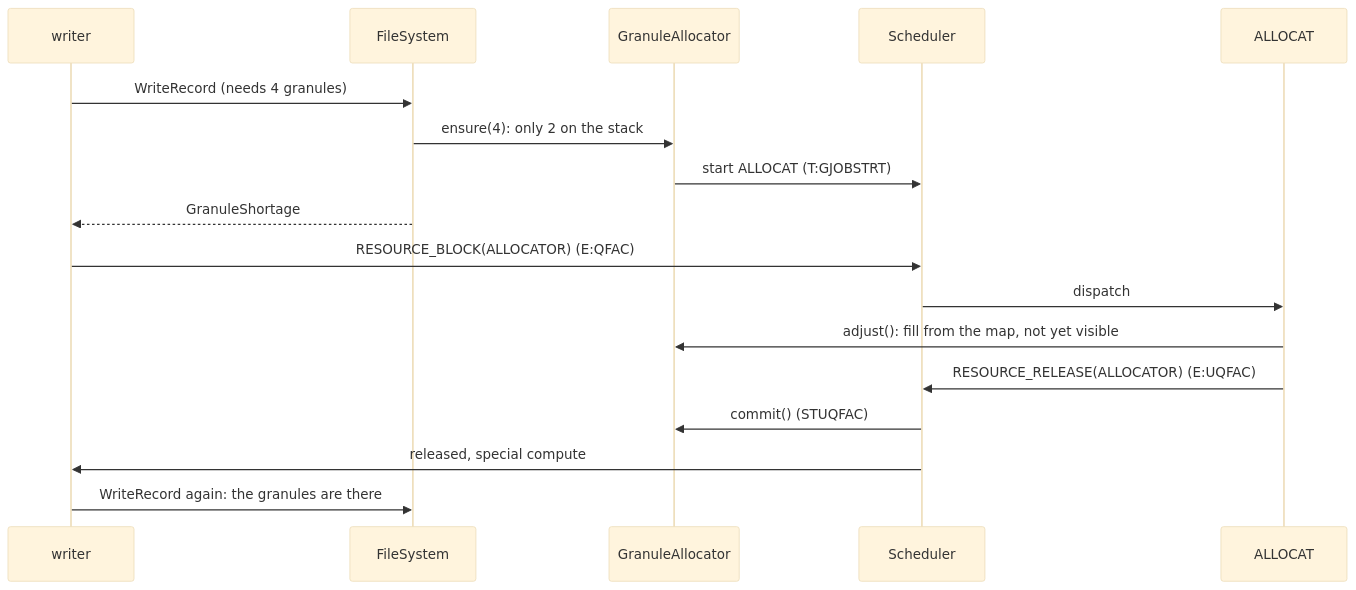
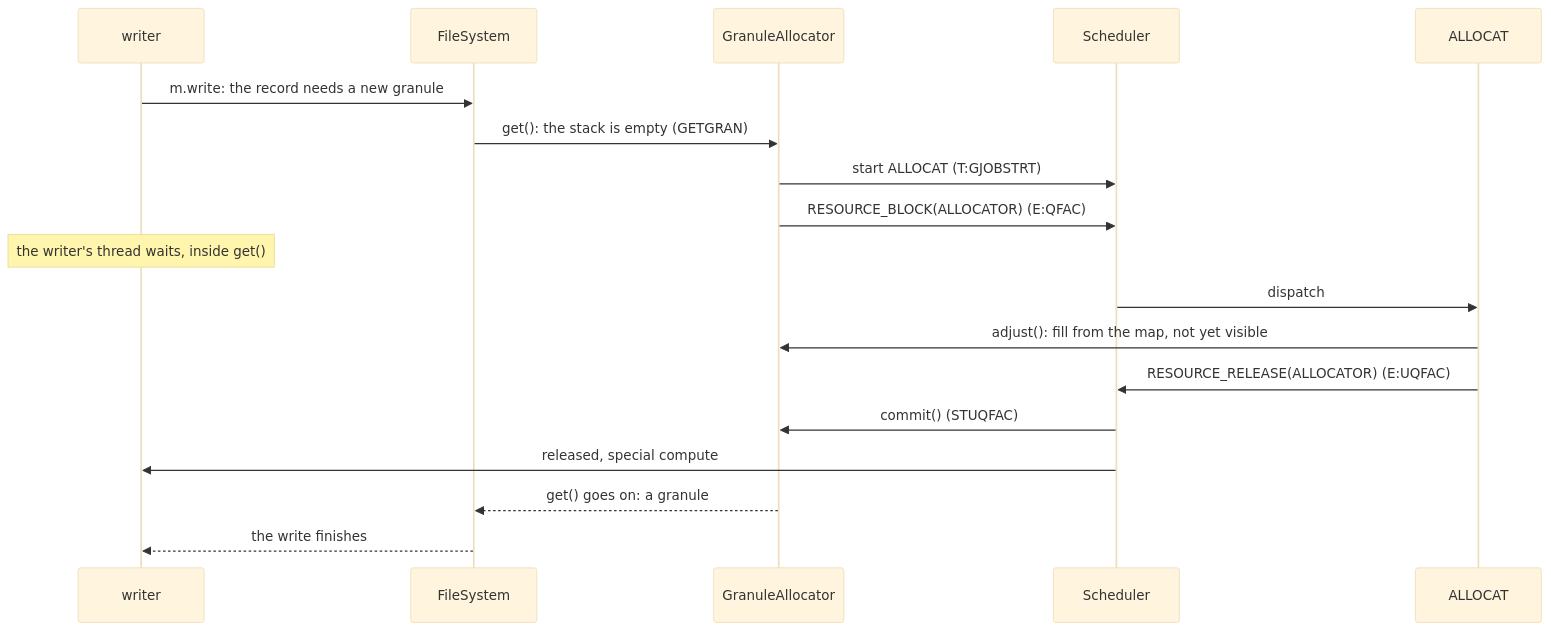
One commit to msiddalingaiah/Sigma changed diagram 11 of 13 in pyCP-V/C00stap/docs/model.md. Above: the diagram before and after it, drawn with Mermaid (base theme). The commit also changed other lines of this file, not shown here.

````diff
--- a/pyCP-V/C00stap/docs/model.md
+++ b/pyCP-V/C00stap/docs/model.md
@@ -736,19 +839,20 @@
 ```mermaid
 sequenceDiagram
     participant W as writer
     participant F as FileSystem
     participant G as GranuleAllocator
     participant C as Scheduler
     participant A as ALLOCAT
-    W->>F: WriteRecord (needs 4 granules)
-    F->>G: ensure(4): only 2 on the stack
+    W->>F: m.write: the record needs a new granule
+    F->>G: get(): the stack is empty (GETGRAN)
     G->>C: start ALLOCAT (T:GJOBSTRT)
-    F-->>W: GranuleShortage
-    W->>C: RESOURCE_BLOCK(ALLOCATOR)  (E:QFAC)
+    G->>C: RESOURCE_BLOCK(ALLOCATOR)  (E:QFAC)
+    Note over W: the writer's thread waits, inside get()
     C->>A: dispatch
     A->>G: adjust(): fill from the map, not yet visible
     A->>C: RESOURCE_RELEASE(ALLOCATOR)  (E:UQFAC)
     C->>G: commit()  (STUQFAC)
     C->>W: released, special compute
-    W->>F: WriteRecord again: the granules are there
+    G-->>F: get() goes on: a granule
+    F-->>W: the write finishes
 ```
````
